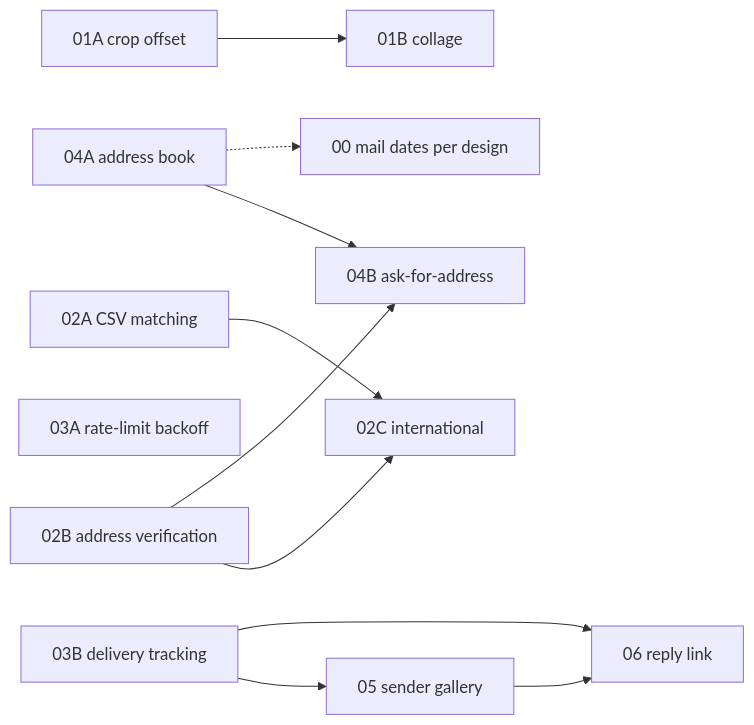
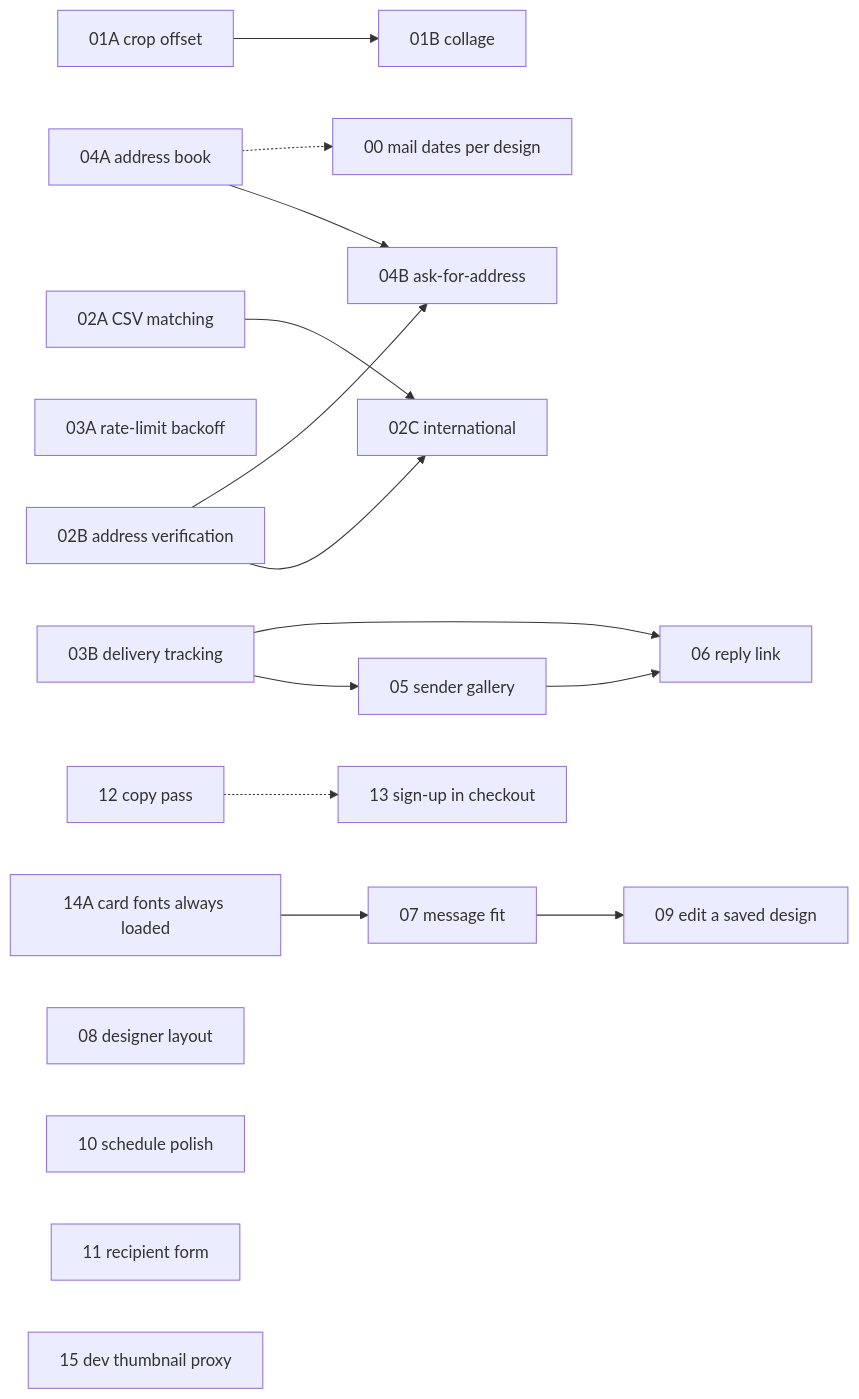
One commit to binx/yesiwantaplatform changed the diagram in docs/tasks/README.md. Above: the diagram before and after it, drawn with Mermaid. The commit also changed other lines of this file and 9 other files, not shown here.

````diff
--- a/docs/tasks/README.md
+++ b/docs/tasks/README.md
@@ -136,14 +136,21 @@
 ```mermaid
 graph LR
   T00[00 mail dates per design]
   T01A[01A crop offset] --> T01B[01B collage]
   T02A[02A CSV matching] --> T02C[02C international]
   T02B[02B address verification] --> T02C
   T02B --> T04B[04B ask-for-address]
   T03A[03A rate-limit backoff]
   T03B[03B delivery tracking] --> T05[05 sender gallery]
   T03B --> T06[06 reply link]
   T04A[04A address book] --> T04B
   T04A -.-> T00
   T05 --> T06
+  T14A[14A card fonts always loaded] --> T07[07 message fit]
+  T07 --> T09[09 edit a saved design]
+  T12[12 copy pass] -.-> T13[13 sign-up in checkout]
+  T08[08 designer layout]
+  T10[10 schedule polish]
+  T11[11 recipient form]
+  T15[15 dev thumbnail proxy]
 ```
````
